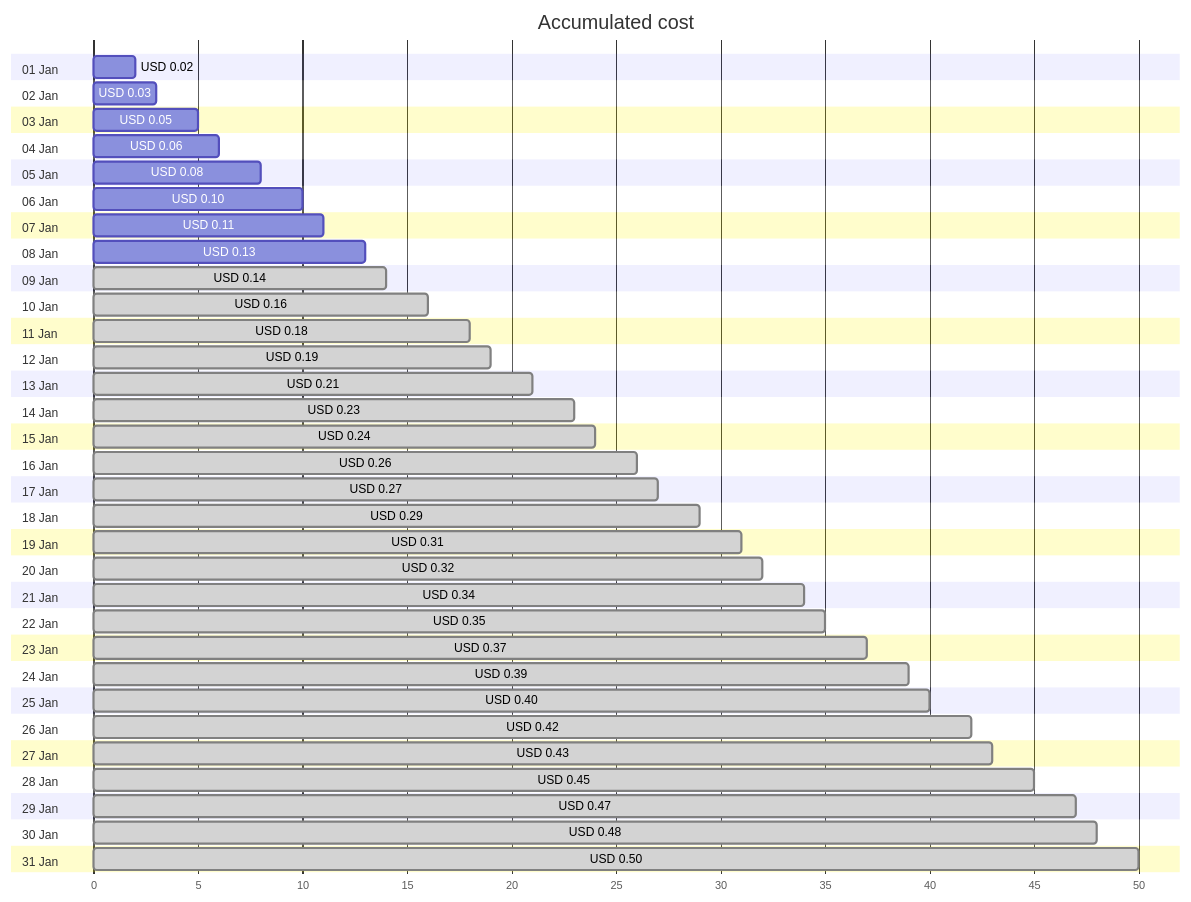
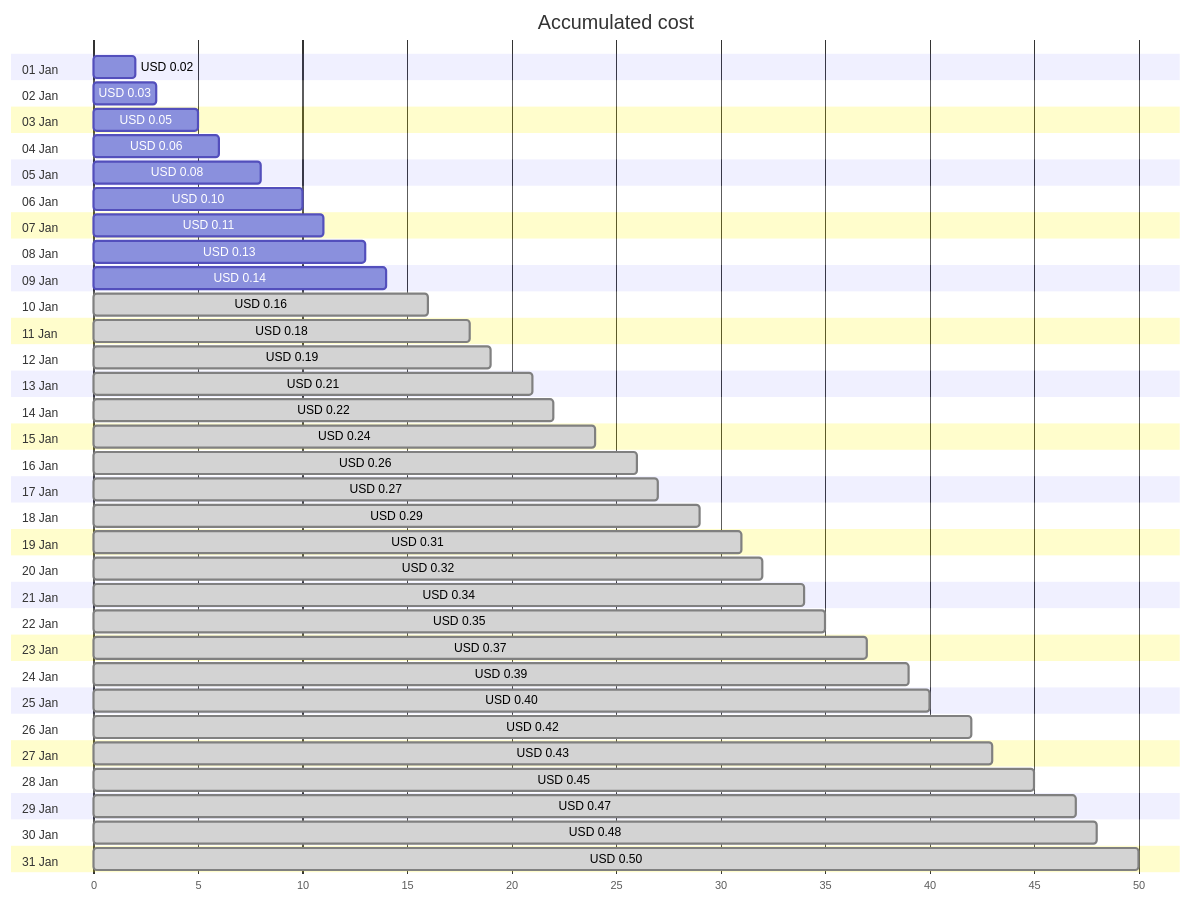
The first of 4 diagrams in cost-reports/personal-network/private.jpatrickfulton.com.md (jpfulton/azure-personal-reports), drawn with Mermaid before and after one commit. The commit also changed other lines of this file and 8 other files, not shown here.

````diff
--- a/cost-reports/personal-network/private.jpatrickfulton.com.md
+++ b/cost-reports/personal-network/private.jpatrickfulton.com.md
@@ -20,68 +20,68 @@
 ```mermaid
 gantt
    title Accumulated cost
    dateFormat  X
    axisFormat %s
    section 01 Jan
    USD 0.02 :0, 2
    section 02 Jan
    USD 0.03 :0, 3
    section 03 Jan
    USD 0.05 :0, 5
    section 04 Jan
    USD 0.06 :0, 6
    section 05 Jan
    USD 0.08 :0, 8
    section 06 Jan
    USD 0.10 :0, 10
    section 07 Jan
    USD 0.11 :0, 11
    section 08 Jan
    USD 0.13 :0, 13
    section 09 Jan
-   USD 0.14 : done, 0, 14
+   USD 0.14 :0, 14
    section 10 Jan
    USD 0.16 : done, 0, 16
    section 11 Jan
    USD 0.18 : done, 0, 18
    section 12 Jan
    USD 0.19 : done, 0, 19
    section 13 Jan
    USD 0.21 : done, 0, 21
    section 14 Jan
-   USD 0.23 : done, 0, 23
+   USD 0.22 : done, 0, 22
    section 15 Jan
    USD 0.24 : done, 0, 24
    section 16 Jan
    USD 0.26 : done, 0, 26
    section 17 Jan
    USD 0.27 : done, 0, 27
    section 18 Jan
    USD 0.29 : done, 0, 29
    section 19 Jan
    USD 0.31 : done, 0, 31
    section 20 Jan
    USD 0.32 : done, 0, 32
    section 21 Jan
    USD 0.34 : done, 0, 34
    section 22 Jan
    USD 0.35 : done, 0, 35
    section 23 Jan
    USD 0.37 : done, 0, 37
    section 24 Jan
    USD 0.39 : done, 0, 39
    section 25 Jan
    USD 0.40 : done, 0, 40
    section 26 Jan
    USD 0.42 : done, 0, 42
    section 27 Jan
    USD 0.43 : done, 0, 43
    section 28 Jan
    USD 0.45 : done, 0, 45
    section 29 Jan
    USD 0.47 : done, 0, 47
    section 30 Jan
    USD 0.48 : done, 0, 48
    section 31 Jan
    USD 0.50 : done, 0, 50
 ```
````
